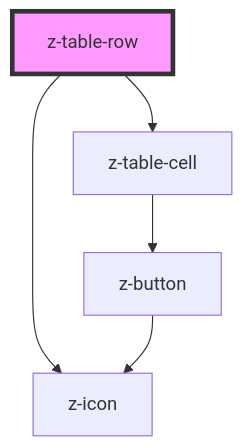
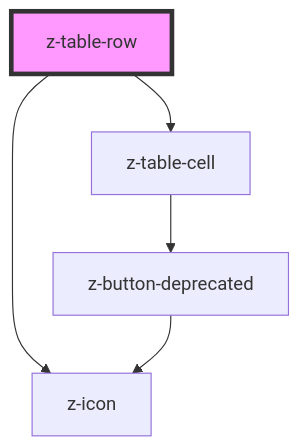
Before and after one commit to ZanichelliEditore/design-system: the diagram in src/components/z-table/z-table-row/readme.md, drawn with Mermaid. The commit also changed 61 other files, not shown here.

Commit message:
chore: use z-button-deprecated

````diff
--- a/src/components/z-table/z-table-row/readme.md
+++ b/src/components/z-table/z-table-row/readme.md
@@ -30,8 +30,8 @@
 ```mermaid
 graph TD;
   z-table-row --> z-table-cell
   z-table-row --> z-icon
-  z-table-cell --> z-button
-  z-button --> z-icon
+  z-table-cell --> z-button-deprecated
+  z-button-deprecated --> z-icon
   style z-table-row fill:#f9f,stroke:#333,stroke-width:4px
 ```
````
